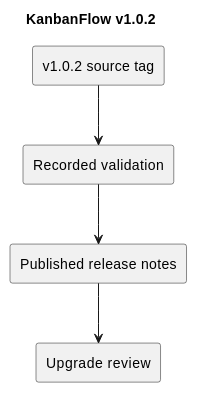
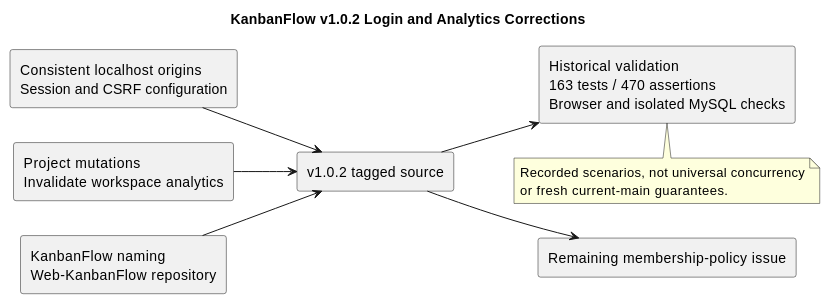
One commit to Farhad-Valizadegan/Web-KanbanFlow changed the diagram in docs/Releases/v1.0.2.md. Above: the diagram before and after it, drawn with PlantUML. The commit also changed other lines of this file and 2 other files, not shown here.

Commit message:
docs: complete v1.0.2 login and analytics release record

````diff
--- a/docs/Releases/v1.0.2.md
+++ b/docs/Releases/v1.0.2.md
@@ -31,12 +124,21 @@
 ```plantuml
 @startuml
-title KanbanFlow v1.0.2
-rectangle "v1.0.2 source tag" as T
-rectangle "Recorded validation" as V
-rectangle "Published release notes" as N
-rectangle "Upgrade review" as U
+title KanbanFlow v1.0.2 Login and Analytics Corrections
+left to right direction
+rectangle "Consistent localhost origins\nSession and CSRF configuration" as S
+rectangle "Project mutations\nInvalidate workspace analytics" as A
+rectangle "KanbanFlow naming\nWeb-KanbanFlow repository" as N
+rectangle "v1.0.2 tagged source" as T
+rectangle "Historical validation\n163 tests / 470 assertions\nBrowser and isolated MySQL checks" as V
+rectangle "Remaining membership-policy issue" as O
+S --> T
+A --> T
+N --> T
 T --> V
-V --> N
-N --> U
+T --> O
+note bottom of V
+Recorded scenarios, not universal concurrency
+or fresh current-main guarantees.
+end note
 @enduml
 ```
````
